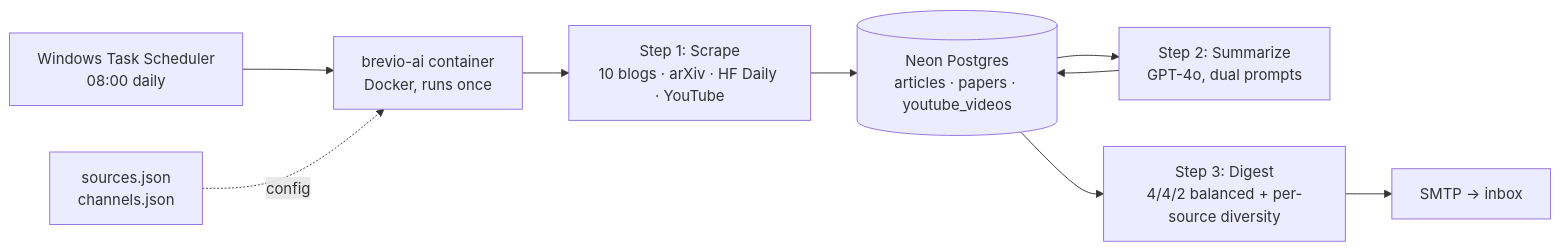
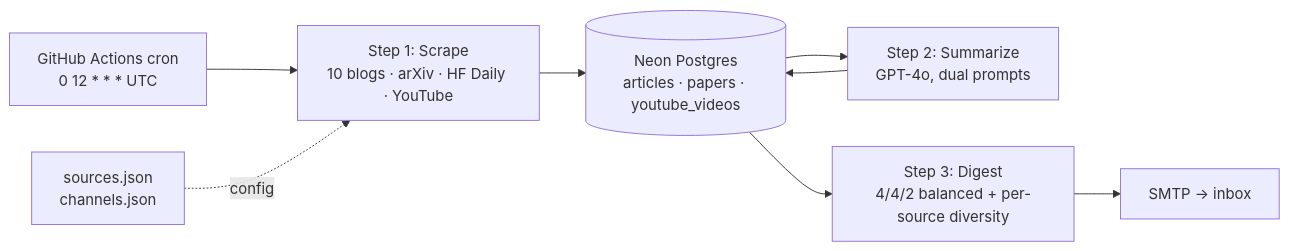
One commit to CrSamson/brevio-ai changed the diagram in README.md. Above: the diagram before and after it, drawn with Mermaid. The commit also changed other lines of this file and 4 other files, not shown here.

Commit message:
chore: drop Docker + Task Scheduler in favor of GitHub Actions

````diff
--- a/README.md
+++ b/README.md
@@ -23,12 +23,11 @@
 ```mermaid
 flowchart LR
-    Cron[Windows Task Scheduler<br/>08:00 daily] --> App[brevio-ai container<br/>Docker, runs once]
-    Cfg[sources.json<br/>channels.json] -.config.-> App
+    Cron[GitHub Actions cron<br/>0 12 * * * UTC] --> Scrape[Step 1: Scrape<br/>10 blogs · arXiv · HF Daily · YouTube]
+    Cfg[sources.json<br/>channels.json] -.config.-> Scrape
 
-    App --> Scrape[Step 1: Scrape<br/>10 blogs · arXiv · HF Daily · YouTube]
     Scrape --> DB[(Neon Postgres<br/>articles · papers · youtube_videos)]
     DB --> Sum[Step 2: Summarize<br/>GPT-4o, dual prompts]
     Sum --> DB
     DB --> Dig[Step 3: Digest<br/>4/4/2 balanced + per-source diversity]
     Dig --> Mail[SMTP → inbox]
 ```
````
